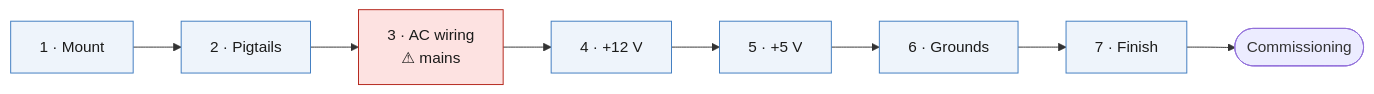
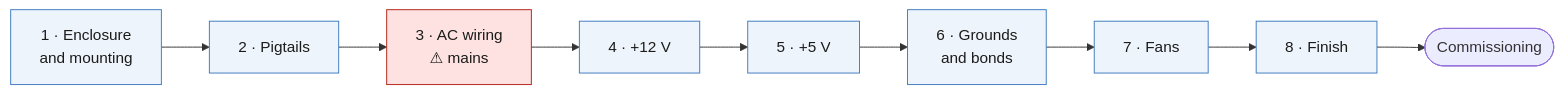
One commit to Lukas0923xcv/JBOD changed the first of 3 diagrams in docs/04-assembly-guide.md. Above: the diagram before and after it, drawn with Mermaid. The commit also changed other lines of this file and 17 other files, not shown here.

````diff
--- a/docs/04-assembly-guide.md
+++ b/docs/04-assembly-guide.md
@@ -8,8 +8,8 @@
 ```mermaid
 flowchart LR
-    S1["1 · Mount"] --> S2["2 · Pigtails"] --> S3["3 · AC wiring<br>⚠ mains"] --> S4["4 · +12 V"] --> S5["5 · +5 V"] --> S6["6 · Grounds"] --> S7["7 · Finish"] --> C(["Commissioning"])
+    S1["1 · Enclosure<br>and mounting"] --> S2["2 · Pigtails"] --> S3["3 · AC wiring<br>⚠ mains"] --> S4["4 · +12 V"] --> S5["5 · +5 V"] --> S6["6 · Grounds<br>and bonds"] --> S7["7 · Fans"] --> S8["8 · Finish"] --> C(["Commissioning"])
     classDef mains fill:#fde2e1,stroke:#b42318,color:#1b1b1a
     classDef dc fill:#eef4fb,stroke:#3f7cc0,color:#1b1b1a
     class S3 mains
-    class S1,S2,S4,S5,S6,S7 dc
+    class S1,S2,S4,S5,S6,S7,S8 dc
 ```
````
